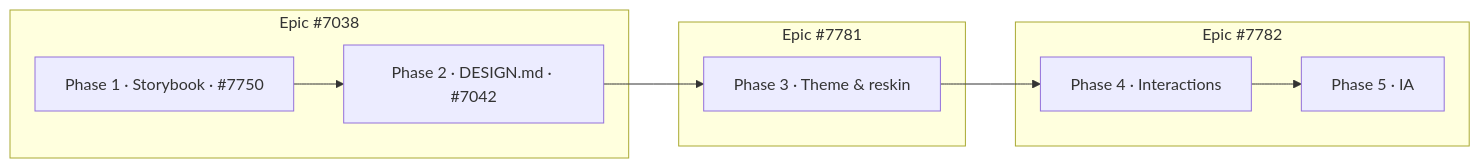
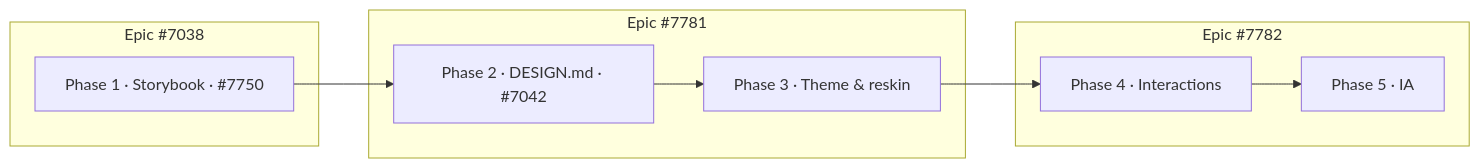
One commit to nearai/ironclaw changed the diagram in docs/internal/reborn/design-system/PLAN.md. Above: the diagram before and after it, drawn with Mermaid. The commit also changed other lines of this file and 4 other files, not shown here.

````diff
--- a/docs/internal/reborn/design-system/PLAN.md
+++ b/docs/internal/reborn/design-system/PLAN.md
@@ -22,15 +22,15 @@
 ```mermaid
 flowchart LR
   P1["Phase 1 · Storybook · #7750"] --> P2["Phase 2 · DESIGN.md · #7042"] --> P3["Phase 3 · Theme & reskin"] --> P4["Phase 4 · Interactions"] --> P5["Phase 5 · IA"]
   subgraph E1["Epic #7038"]
     P1
-    P2
   end
   subgraph E2["Epic #7781"]
+    P2
     P3
   end
   subgraph E3["Epic #7782"]
     P4
     P5
   end
 ```
````
